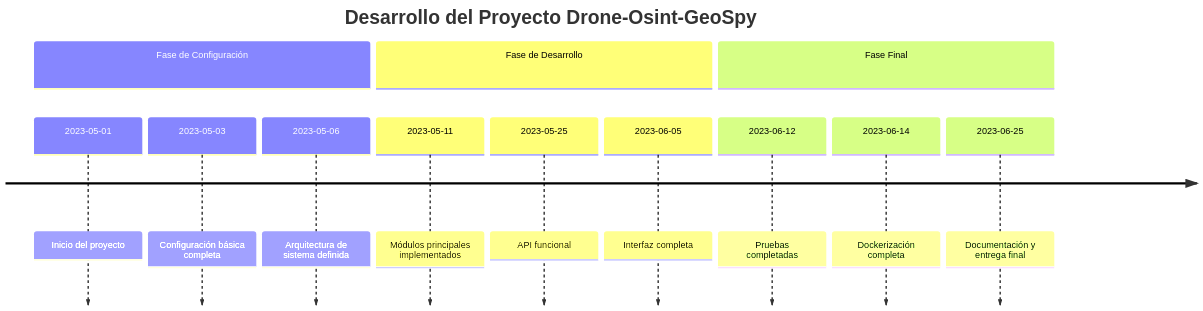
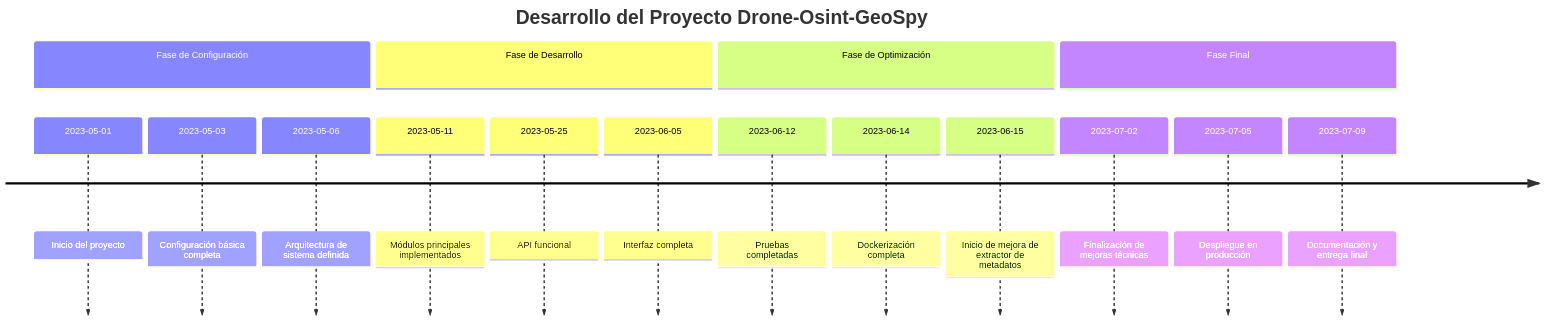
The diagram in jira-files/visualization/mermaid_timeline.md (infantesromeroadrian/LLM-Vision-Geo-Analizer), drawn with Mermaid before and after one commit. The commit also changed 561 other files, not shown here.

````diff
--- a/jira-files/visualization/mermaid_timeline.md
+++ b/jira-files/visualization/mermaid_timeline.md
@@ -1,16 +1,20 @@
 ```mermaid
 timeline
     title Desarrollo del Proyecto Drone-Osint-GeoSpy
     section Fase de Configuración
         2023-05-01 : Inicio del proyecto
         2023-05-03 : Configuración básica completa
         2023-05-06 : Arquitectura de sistema definida
     section Fase de Desarrollo
         2023-05-11 : Módulos principales implementados 
         2023-05-25 : API funcional
         2023-06-05 : Interfaz completa
-    section Fase Final
+    section Fase de Optimización
         2023-06-12 : Pruebas completadas
         2023-06-14 : Dockerización completa
-        2023-06-25 : Documentación y entrega final
+        2023-06-15 : Inicio de mejora de extractor de metadatos
+    section Fase Final
+        2023-07-02 : Finalización de mejoras técnicas
+        2023-07-05 : Despliegue en producción
+        2023-07-09 : Documentación y entrega final
 ``` 
````
